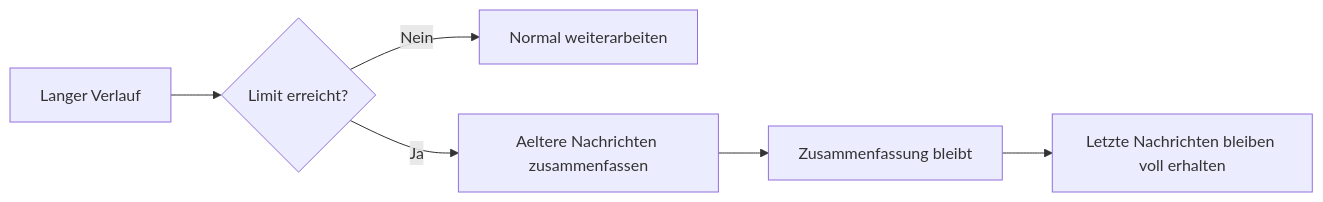
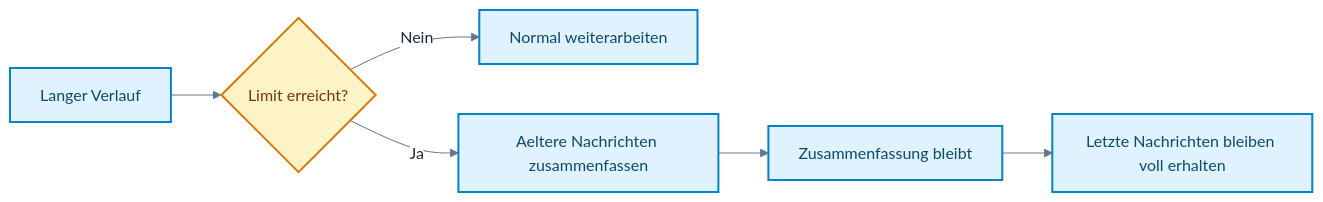
Before and after one commit to ralf-42/GenAI: the second of 3 diagrams in docs/03-grundlagen/memory-systeme.md, drawn with Mermaid. The commit also changed other lines of this file and 25 other files, not shown here.

````diff
--- a/docs/03-grundlagen/memory-systeme.md
+++ b/docs/03-grundlagen/memory-systeme.md
@@ -315,15 +333,35 @@
 ```mermaid
+---
+config:
+  theme: base
+  look: classic
+  themeVariables:
+    primaryColor: '#e0f2fe'
+    primaryBorderColor: '#0284c7'
+    primaryTextColor: '#1e293b'
+    lineColor: '#64748b'
+    clusterBkg: '#f8fafc'
+    clusterBorder: '#cbd5e1'
+    noteBkgColor: '#fef3c7'
+    noteBorderColor: '#d97706'
+    noteTextColor: '#78350f'
+    edgeLabelBackground: '#ffffff'
+---
 
 flowchart LR
 
     A[Langer Verlauf] --> B{Limit erreicht?}
 
     B -->|Nein| C[Normal weiterarbeiten]
 
     B -->|Ja| D[Aeltere Nachrichten zusammenfassen]
 
     D --> E[Zusammenfassung bleibt]
 
     E --> F[Letzte Nachrichten bleiben voll erhalten]
 
+%% Funktionsfarben nach Mermaid_Best_Practices.md
+classDef default fill:#e0f2fe,stroke:#0284c7,stroke-width:2px,color:#0c4a6e;
+classDef metric fill:#fef3c7,stroke:#d97706,stroke-width:2px,color:#78350f;
+class B metric;
 ```
````
